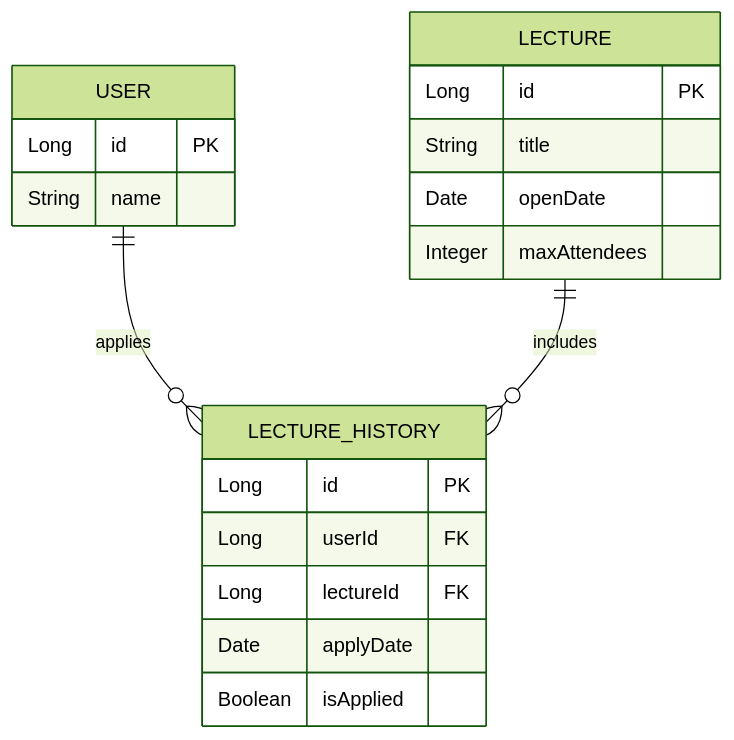
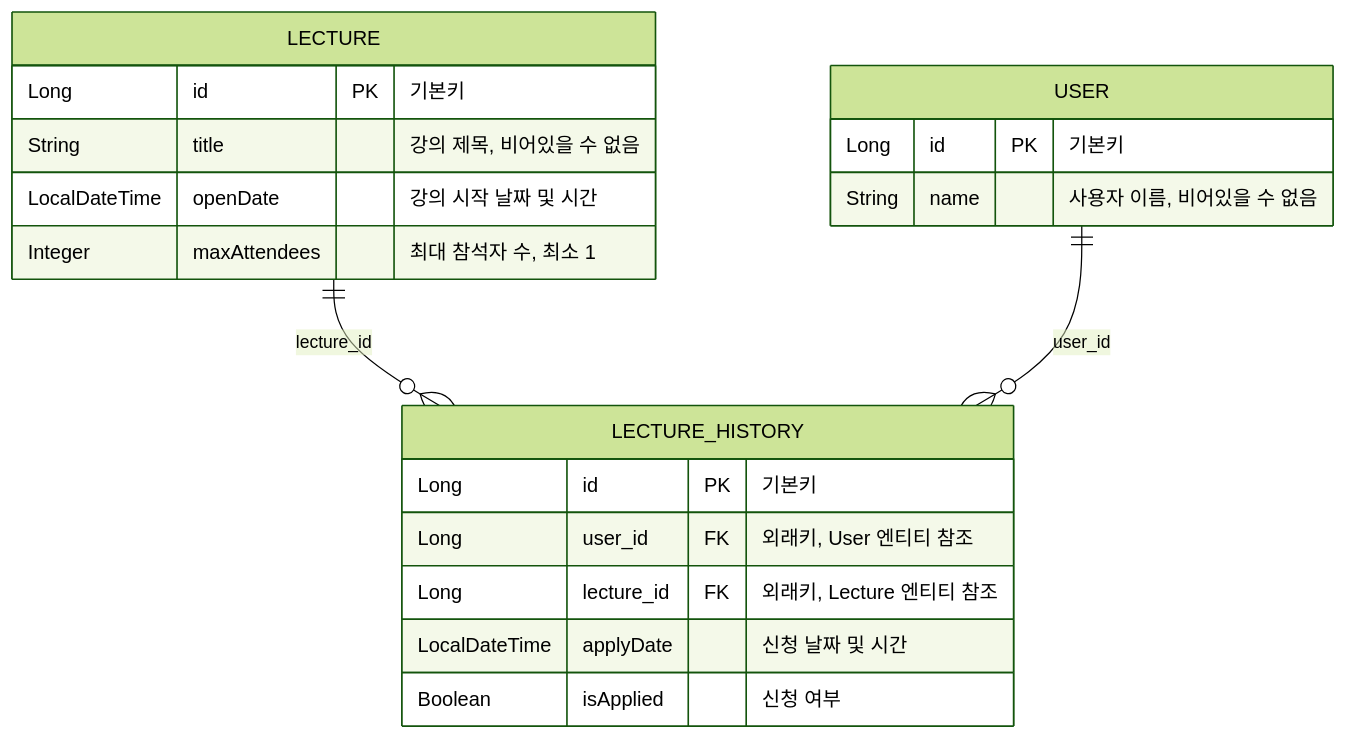
Before and after one commit to vivalahm/hhplus-week2-lecture: the diagram in ERD.md, drawn with Mermaid (forest theme). The commit also changed 1 other file, not shown here.

Commit message:
fix: ERD 수정

````diff
--- a/ERD.md
+++ b/ERD.md
@@ -3,25 +3,23 @@
 ```mermaid
 erDiagram
+    LECTURE {
+        Long id PK "기본키"
+        String title "강의 제목, 비어있을 수 없음"
+        LocalDateTime openDate "강의 시작 날짜 및 시간"
+        Integer maxAttendees "최대 참석자 수, 최소 1"
+    }
+    LECTURE_HISTORY {
+        Long id PK "기본키"
+        Long user_id FK "외래키, User 엔티티 참조"
+        Long lecture_id FK "외래키, Lecture 엔티티 참조"
+        LocalDateTime applyDate "신청 날짜 및 시간"
+        Boolean isApplied "신청 여부"
+    }
     USER {
-        Long id PK
-        String name
+        Long id PK "기본키"
+        String name "사용자 이름, 비어있을 수 없음"
     }
 
-    LECTURE {
-        Long id PK
-        String title
-        Date openDate
-        Integer maxAttendees
-    }
-
-    LECTURE_HISTORY {
-        Long id PK
-        Long userId FK
-        Long lectureId FK
-        Date applyDate
-        Boolean isApplied
-    }
-
-    USER ||--o{ LECTURE_HISTORY : applies
-    LECTURE ||--o{ LECTURE_HISTORY : includes
+    LECTURE ||--o{ LECTURE_HISTORY : "lecture_id"
+    USER ||--o{ LECTURE_HISTORY : "user_id"
 ```
````
